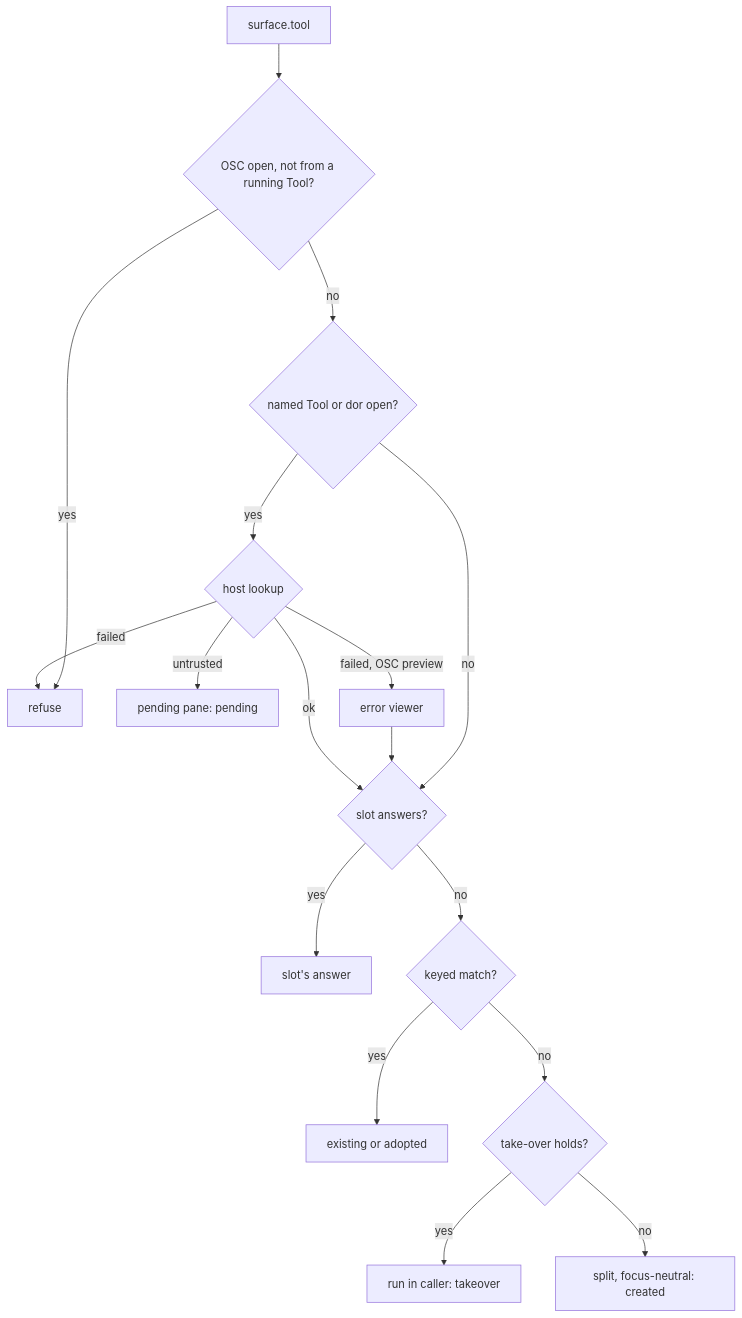
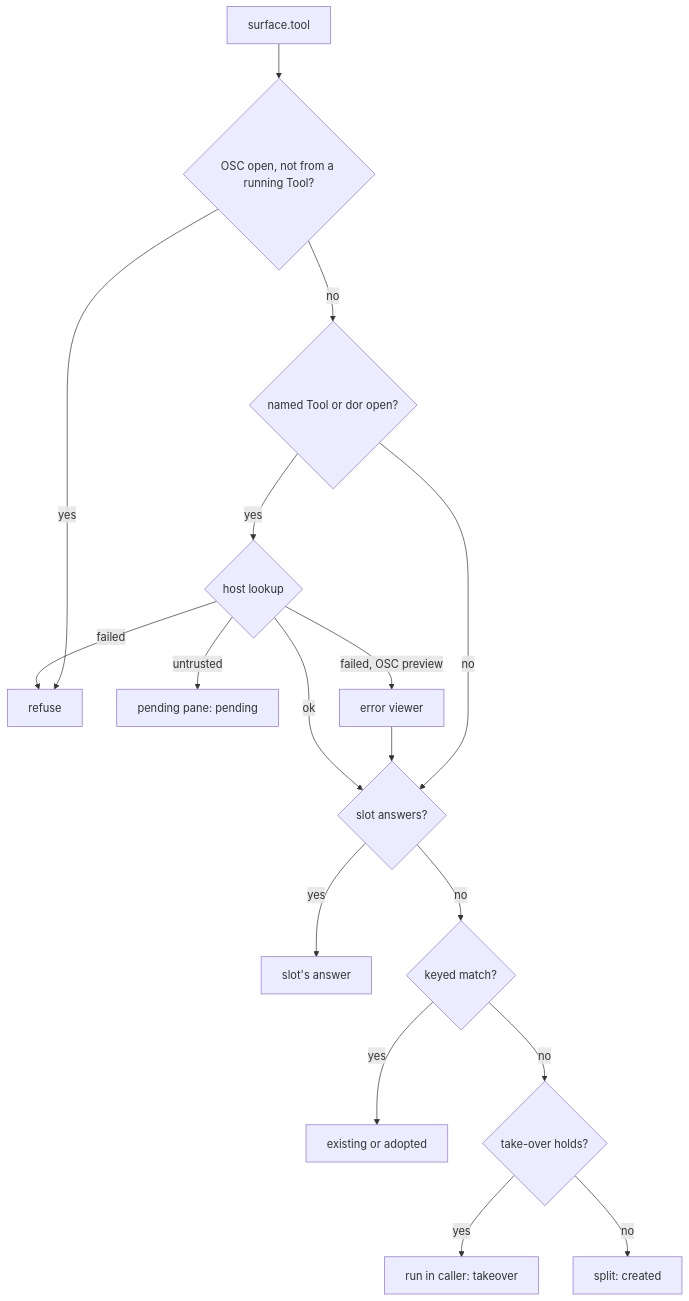
Before and after one commit to diffplug/dormouse: the first of 3 diagrams in docs/specs/dor-tool.md, drawn with Mermaid. The commit also changed other lines of this file and 38 other files, not shown here.

````diff
--- a/docs/specs/dor-tool.md
+++ b/docs/specs/dor-tool.md
@@ -186,18 +186,18 @@
 ```mermaid
 flowchart TD
   R[surface.tool] --> O{OSC open, not from a running Tool?}
   O -- yes --> X[refuse]
   O -- no --> L{named Tool or dor open?}
   L -- no --> PS
   L -- yes --> LK{host lookup}
   LK -- untrusted --> PE[pending pane: pending]
   LK -- failed --> X
   LK -- failed, OSC preview --> EV[error viewer] --> PS
   LK -- ok --> PS{slot answers?}
   PS -- yes --> S[slot's answer]
   PS -- no --> K{keyed match?}
   K -- yes --> M[existing or adopted]
   K -- no --> T{take-over holds?}
   T -- yes --> TO[run in caller: takeover]
-  T -- no --> SP[split, focus-neutral: created]
+  T -- no --> SP[split: created]
 ```
````
